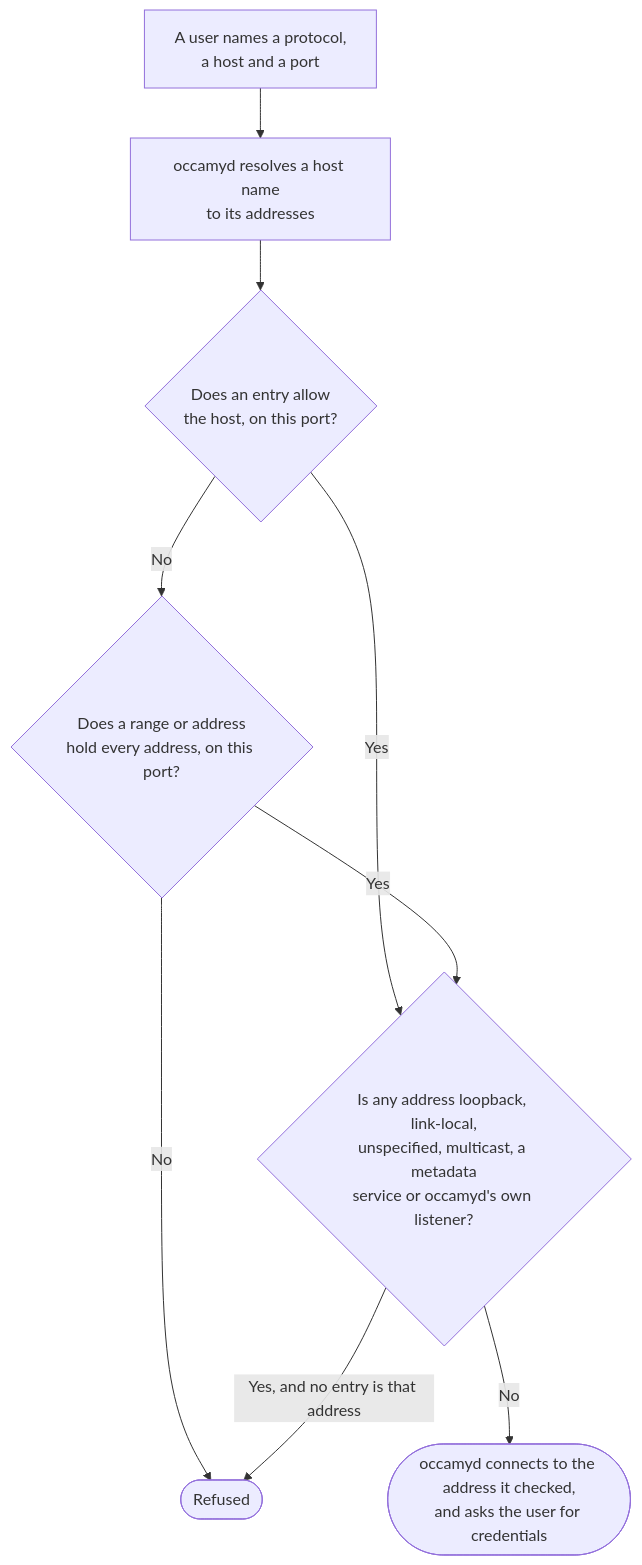
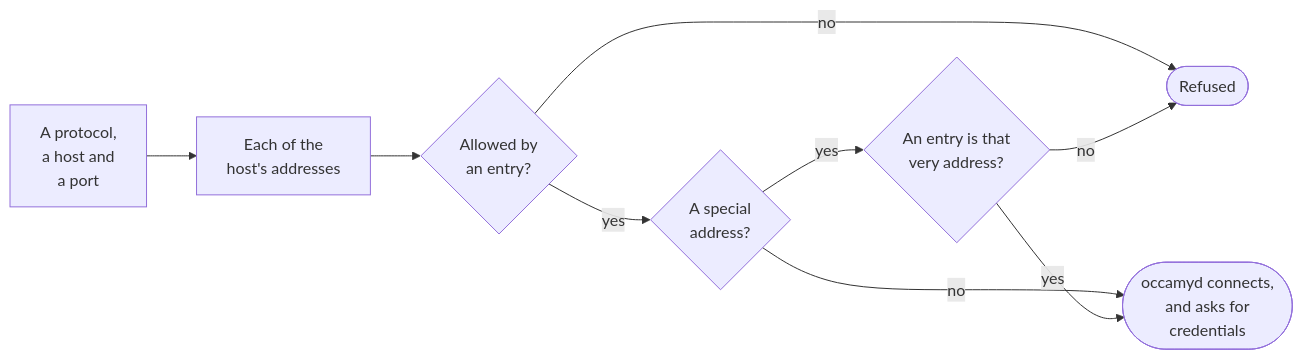
The sixth of 6 diagrams in docs/configuration.md (changkun/occamy), drawn with Mermaid before and after one commit. The commit also changed other lines of this file and 7 other files, not shown here.

First line of the commit message:
docs: lay the decision charts out left to right, and name the file occamy.yaml in the deploy figure

````diff
--- a/docs/configuration.md
+++ b/docs/configuration.md
@@ -1026,11 +1023,11 @@
 ```mermaid
-flowchart TD
-  ask["A user names a protocol,<br>a host and a port"] --> resolve["occamyd resolves a host name<br>to its addresses"]
-  resolve --> listed{"Does an entry allow<br>the host, on this port?"}
-  listed -- Yes --> special{"Is any address loopback, link-local,<br>unspecified, multicast, a metadata<br>service or occamyd's own listener?"}
-  listed -- No --> ranges{"Does a range or address<br>hold every address, on this port?"}
-  ranges -- Yes --> special
-  ranges -- No --> refused(["Refused"])
-  special -- "Yes, and no entry is that address" --> refused
-  special -- No --> dial(["occamyd connects to the address it checked,<br>and asks the user for credentials"])
+flowchart LR
+  ask["A protocol,<br/>a host and<br/>a port"] --> each["Each of the<br/>host's addresses"]
+  each --> allowed{"Allowed by<br/>an entry?"}
+  allowed -- no --> refused(["Refused"])
+  allowed -- yes --> special{"A special<br/>address?"}
+  special -- no --> dial(["occamyd connects,<br/>and asks for<br/>credentials"])
+  special -- yes --> exact{"An entry is that<br/>very address?"}
+  exact -- yes --> dial
+  exact -- no --> refused
 ```
````
